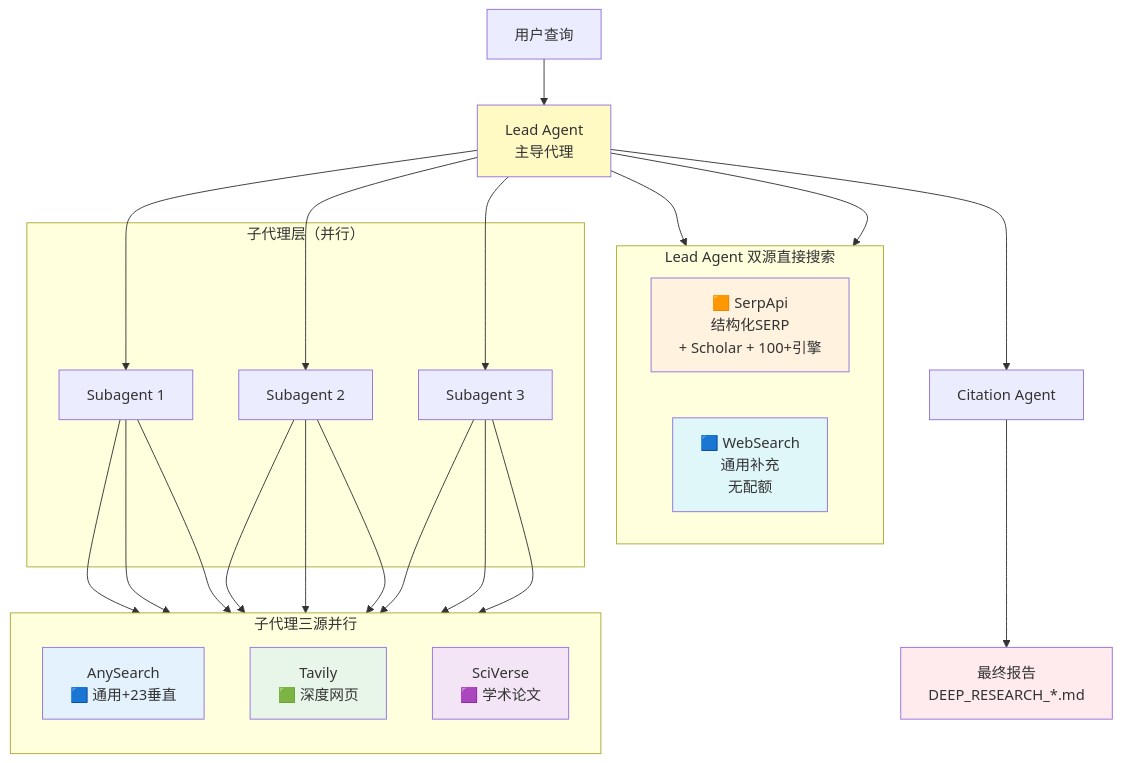
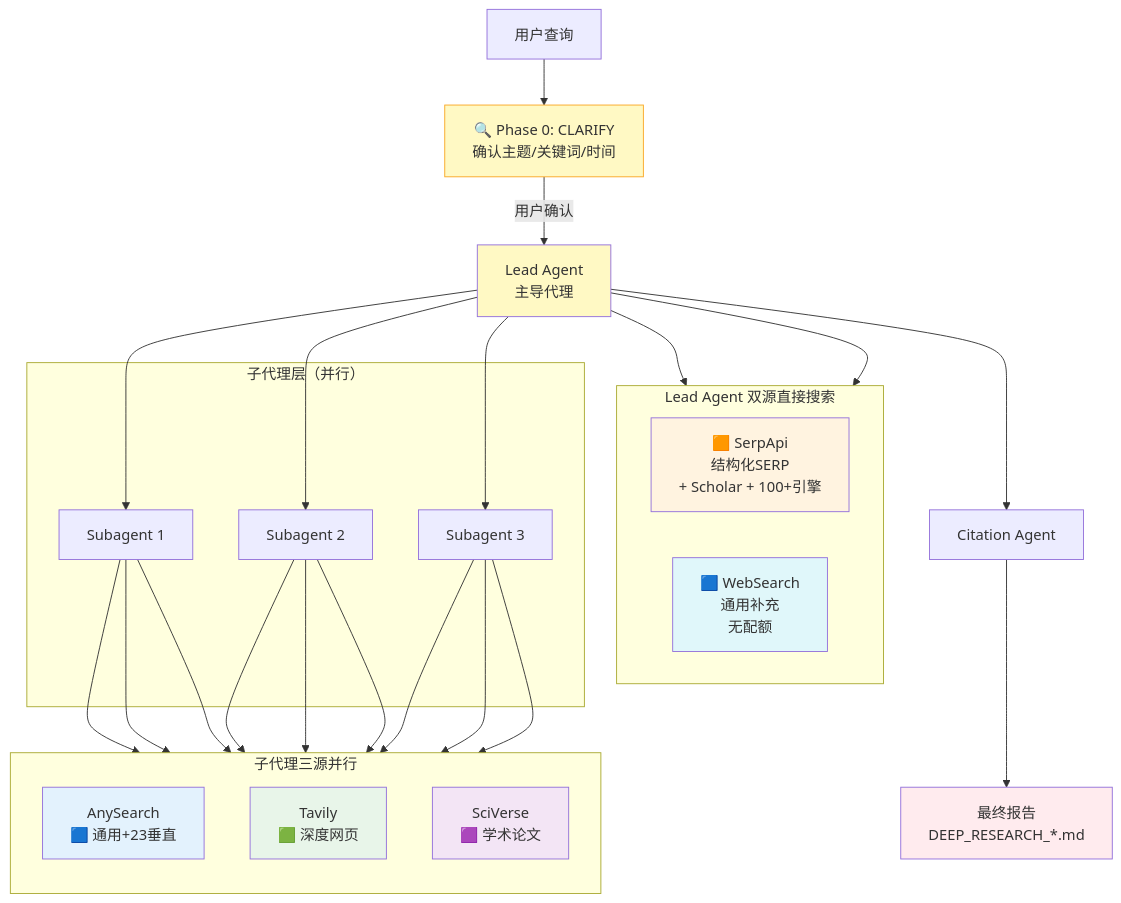
Before and after one commit to jefeerzhang/tri-research-skill: the diagram in README.md, drawn with Mermaid. The commit also changed other lines of this file, not shown here.

Commit message:
docs: update flow chart to include Phase 0 CLARIFY step

````diff
--- a/README.md
+++ b/README.md
@@ -16,44 +16,47 @@
 ```mermaid
 graph TB
     User[用户查询]
+    Clarify["🔍 Phase 0: CLARIFY<br/>确认主题/关键词/时间"]
     Lead[Lead Agent<br/>主导代理]
 
     subgraph LeadSources["Lead Agent 双源直接搜索"]
         direction LR
         SP[🟧 SerpApi<br/>结构化SERP<br/>+ Scholar + 100+引擎]
         WS[🟦 WebSearch<br/>通用补充<br/>无配额]
     end
 
     subgraph SubSources["子代理三源并行"]
         direction TB
         AS[AnySearch<br/>🟦 通用+23垂直]
         TV[Tavily<br/>🟩 深度网页]
         SV[SciVerse<br/>🟪 学术论文]
     end
 
     subgraph Subs["子代理层（并行）"]
         SA1[Subagent 1]
         SA2[Subagent 2]
         SA3[Subagent 3]
     end
 
     Cit[Citation Agent]
     Report[最终报告<br/>DEEP_RESEARCH_*.md]
 
-    User --> Lead
+    User --> Clarify
+    Clarify -->|用户确认| Lead
     Lead --> SP & WS
     Lead --> SA1 & SA2 & SA3
     SA1 --> AS & TV & SV
     SA2 --> AS & TV & SV
     SA3 --> AS & TV & SV
     Lead --> Cit
     Cit --> Report
 
+    style Clarify fill:#fff9c4,stroke:#f9a825
     style AS fill:#e3f2fd
     style TV fill:#e8f5e9
     style SV fill:#f3e5f5
     style SP fill:#fff3e0
     style WS fill:#e0f7fa
     style Lead fill:#fff9c4
     style Report fill:#ffebee
 ```
````
